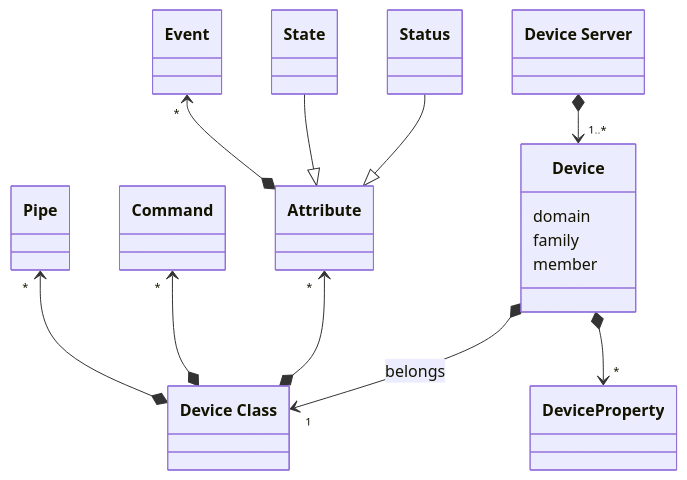
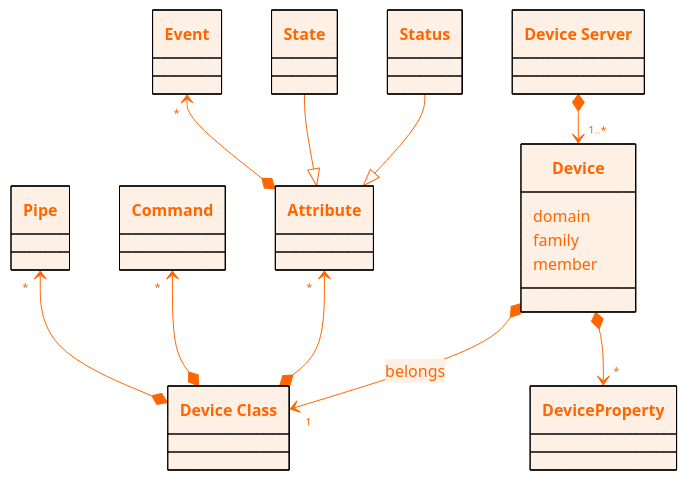
Before and after one commit to zhalday/tango-controls: the first of 2 diagrams in source/Explanation/data-model.md, drawn with Mermaid. The commit also changed other lines of this file, not shown here.

Commit message:
Fix mermaid classdiagram theme for dark/light mode

````diff
--- a/source/Explanation/data-model.md
+++ b/source/Explanation/data-model.md
@@ -12,28 +12,39 @@
 ```{mermaid}
+%%{
+  init: {
+    'theme': 'base',
+    'themeVariables': {
+      'primaryColor': '#fff0e6',
+      'primaryTextColor': '#ff6600',
+      'primaryBorderColor': '#000',
+      'lineColor': '#ff6600'
+    }
+  }
+}%%
 classDiagram
   class cls["Device Class"]
   class dserver["Device Server"]
   click dserver href "./device.html#device-server-explanation" "Device Server documentation"
   class Pipe
   click Pipe href "./pipe.html#tango-pipe-model" "Pipe documentation"
   class Command
   click Command href "./command.html#tango-command-model" "Command documentation"
   class Attribute
   click Attribute href "./attribute.html" "Attribute documentation"
   class Event
   click Event href "./event.html" "Event documentation"
   class Device {
     domain
     family
     member
   }
   Pipe "*" <--* cls
   Command "*" <--* cls
   Attribute "*" <--* cls
   Event "*" <--* Attribute
   State --|> Attribute
   Status --|> Attribute
   Device *--> "1" cls : belongs
   dserver *--> "1..*" Device
   Device *--> "*" DeviceProperty
 ```
````
